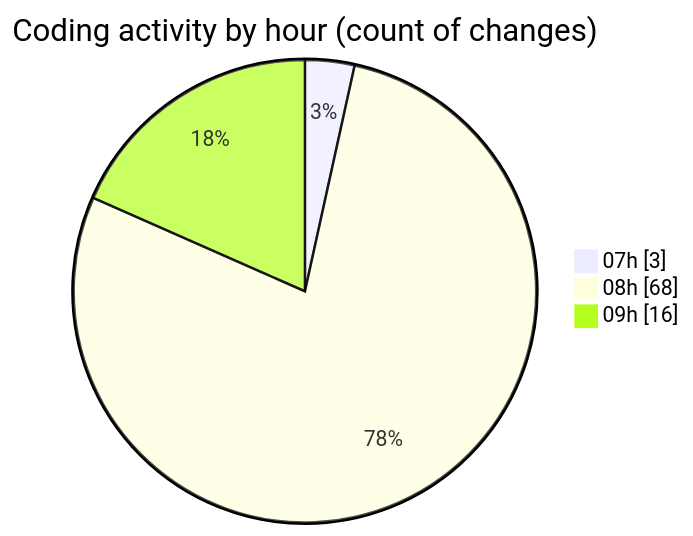
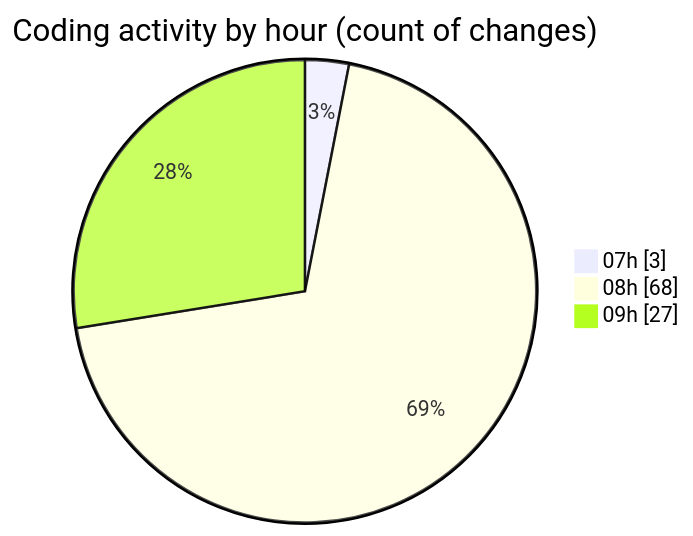
Before and after one commit to lephambinh05/code-tracking: the second of 2 diagrams in 2025-07-10/toolsopenemalpass/README.md, drawn with Mermaid. The commit also changed other lines of this file and 1 other file, not shown here.

````diff
--- a/2025-07-10/toolsopenemalpass/README.md
+++ b/2025-07-10/toolsopenemalpass/README.md
@@ -69,7 +74,7 @@
 ```mermaid
 pie showData
 title Coding activity by hour (count of changes)
 "07h" : 3
 "08h" : 68
-"09h" : 16
+"09h" : 27
 ```
````
